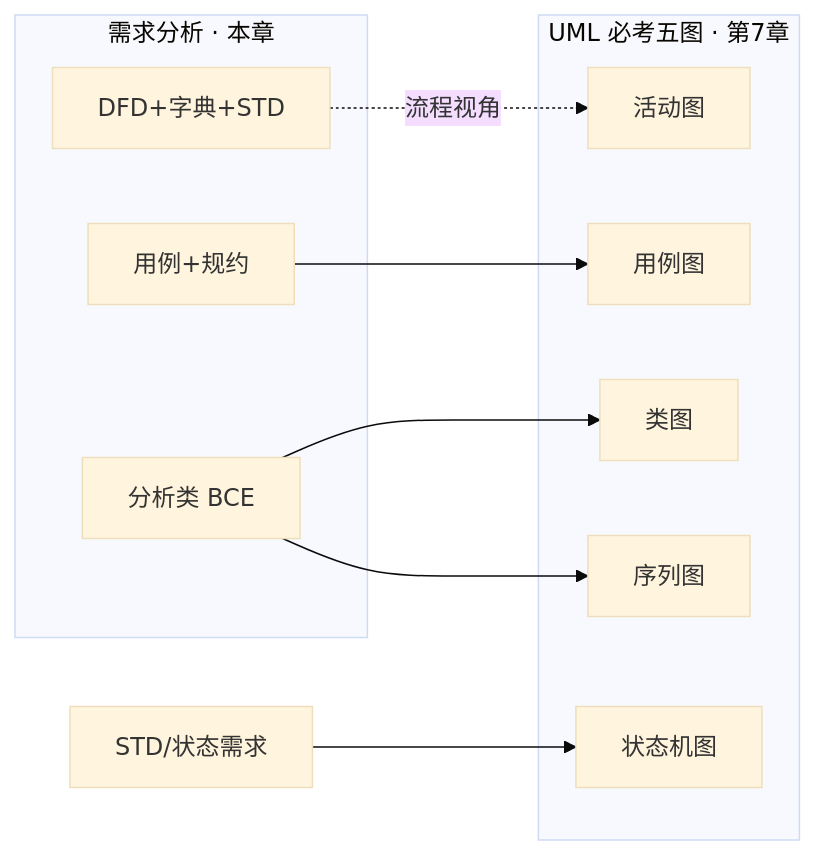
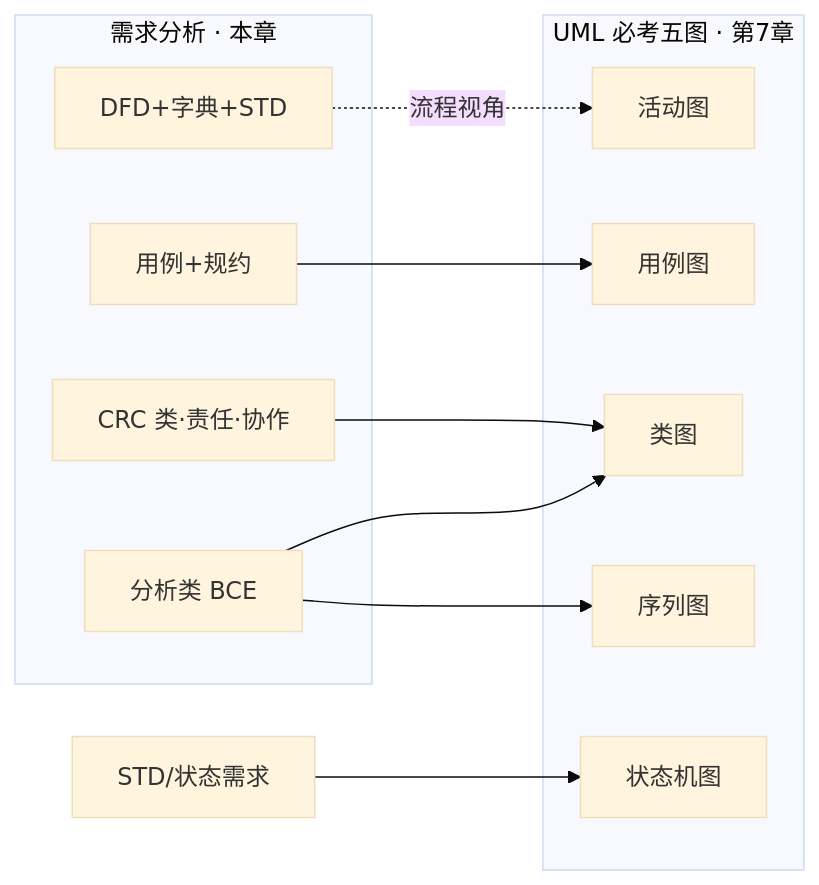
Diagram 12 of 13 in public/kb/速查/结构化与面向对象分析-体系化学习路径.md (xiamengquan/sysanalyst-quiz), drawn with Mermaid (base theme) before and after one commit. The commit also changed other lines of this file and 17 other files, not shown here.

````diff
--- a/public/kb/速查/结构化与面向对象分析-体系化学习路径.md
+++ b/public/kb/速查/结构化与面向对象分析-体系化学习路径.md
@@ -522,20 +584,22 @@
 ```mermaid
 flowchart LR
   subgraph Req["需求分析 · 本章"]
     DFD2[DFD+字典+STD]
     UC2[用例+规约]
+    CRC2[CRC 类·责任·协作]
     BCE2[分析类 BCE]
   end
   subgraph UML5["UML 必考五图 · 第7章"]
     U[用例图]
     CL[类图]
     SEQ[序列图]
     ST[状态机图]
     ACT[活动图]
   end
   UC2 --> U
+  CRC2 --> CL
   BCE2 --> CL
   BCE2 --> SEQ
   STD2[STD/状态需求] --> ST
   DFD2 -.->|流程视角| ACT
 ```
````
